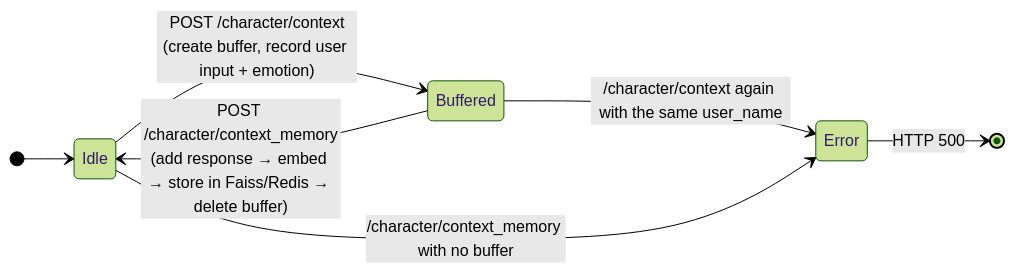
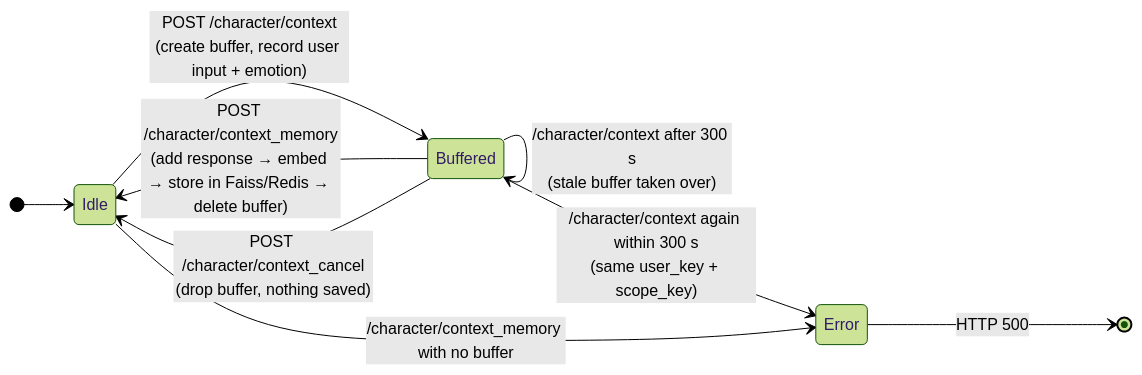
One commit to deltaAnima/Project_deltaAnima changed the sixth of 9 diagrams in README.md. Above: the diagram before and after it, drawn with Mermaid (forest theme). The commit also changed other lines of this file, not shown here.

````diff
--- a/README.md
+++ b/README.md
@@ -422,10 +465,12 @@
 ```mermaid
 stateDiagram-v2
     direction LR
     [*] --> Idle
     Idle --> Buffered: POST /character/context<br/>(create buffer, record user input + emotion)
     Buffered --> Idle: POST /character/context_memory<br/>(add response → embed → store in Faiss/Redis → delete buffer)
-    Buffered --> Error: /character/context again with the same user_name
+    Buffered --> Idle: POST /character/context_cancel<br/>(drop buffer, nothing saved)
+    Buffered --> Buffered: /character/context after 300 s<br/>(stale buffer taken over)
+    Buffered --> Error: /character/context again within 300 s<br/>(same user_key + scope_key)
     Idle --> Error: /character/context_memory with no buffer
     Error --> [*]: HTTP 500
 ```
````
